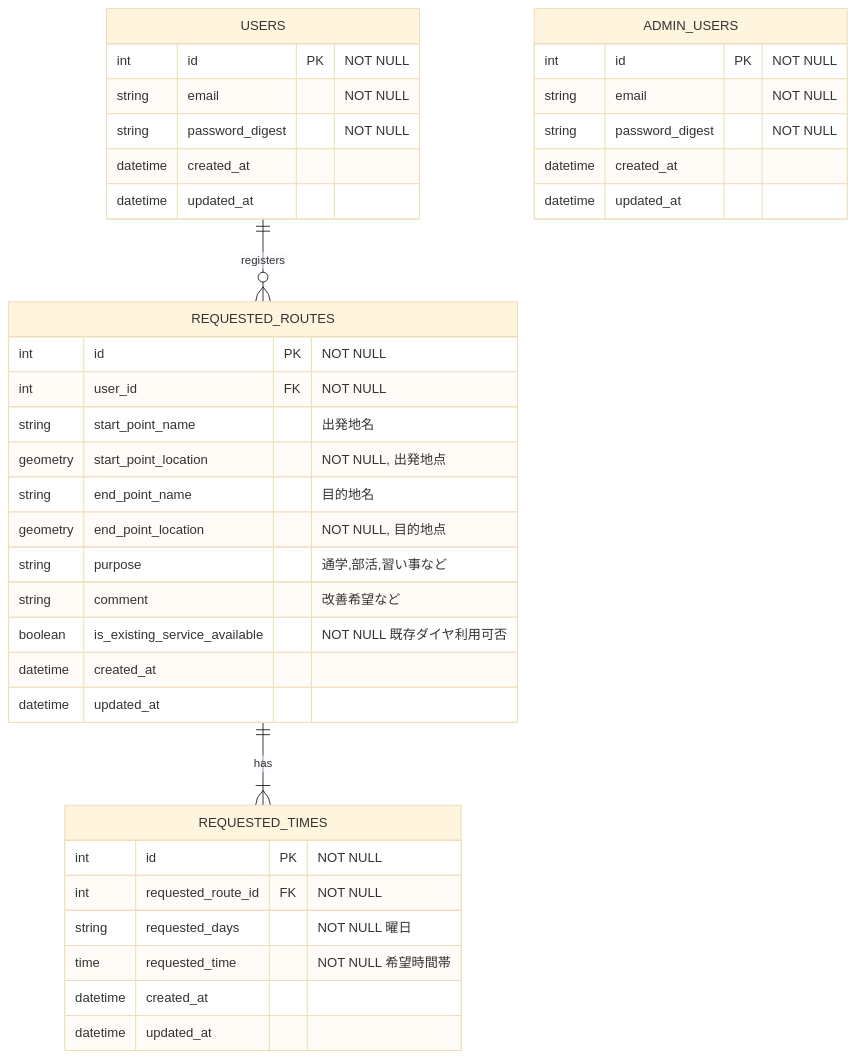
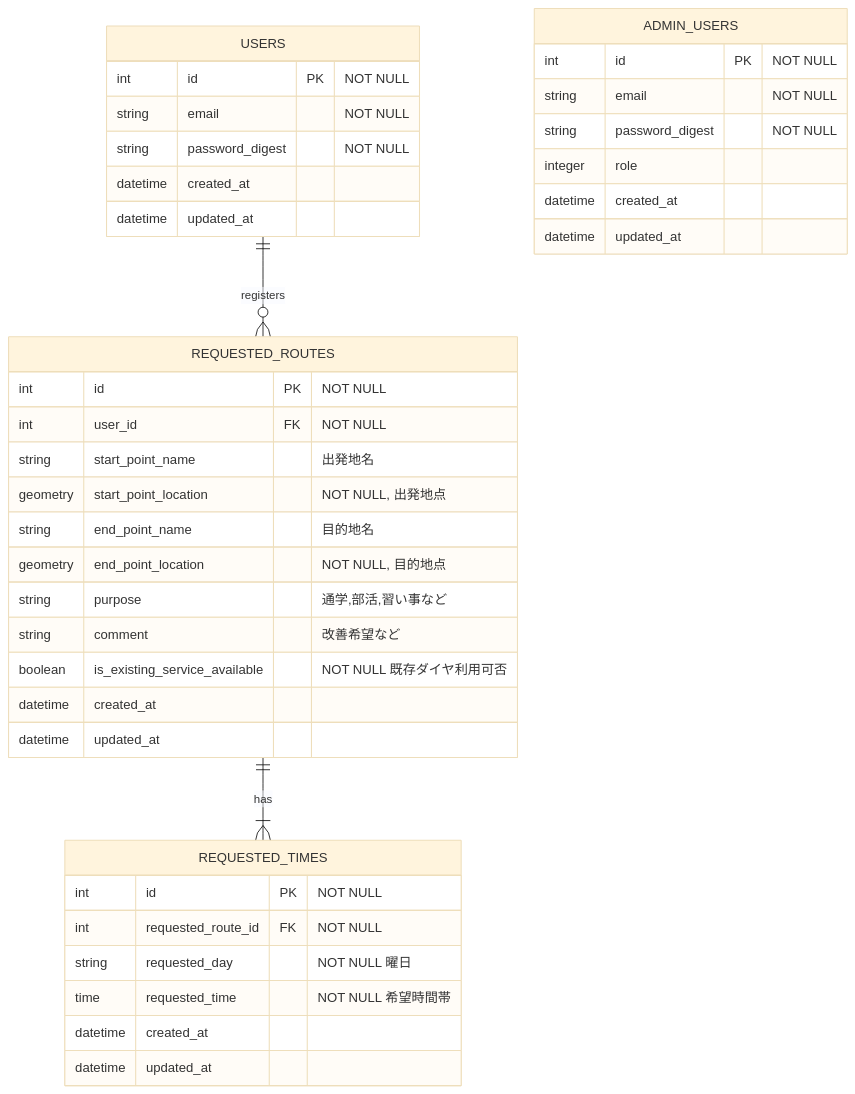
One commit to sachiurata/transportation changed the diagram in docs/ER図.md. Above: the diagram before and after it, drawn with Mermaid (base theme). The commit also changed 21 other files, not shown here.

`````diff
--- a/docs/ER図.md
+++ b/docs/ER図.md
@@ -2,40 +2,41 @@
 ````mermaid
 erDiagram
     USERS ||--o{ REQUESTED_ROUTES : "registers"
     REQUESTED_ROUTES ||--|{ REQUESTED_TIMES : "has"
     ADMIN_USERS {
         int id PK "NOT NULL"
         string email "NOT NULL"
         string password_digest "NOT NULL"
+        integer role
         datetime created_at
         datetime updated_at
     }
     USERS {
         int id PK "NOT NULL"
         string email "NOT NULL"
         string password_digest "NOT NULL"
         datetime created_at
         datetime updated_at
     }
     REQUESTED_ROUTES {
         int id PK "NOT NULL"
         int user_id FK "NOT NULL"
         string start_point_name "出発地名"
         geometry start_point_location "NOT NULL, 出発地点"
         string end_point_name "目的地名"
         geometry end_point_location "NOT NULL, 目的地点"
         string purpose "通学,部活,習い事など"
         string comment "改善希望など"
         boolean is_existing_service_available "NOT NULL 既存ダイヤ利用可否"
         datetime created_at
         datetime updated_at
     }
     REQUESTED_TIMES {
        int id PK "NOT NULL"
        int requested_route_id FK "NOT NULL"
-       string requested_days "NOT NULL 曜日"
+       string requested_day "NOT NULL 曜日"
        time requested_time "NOT NULL 希望時間帯"
        datetime created_at
        datetime updated_at
     }
 ````
`````
